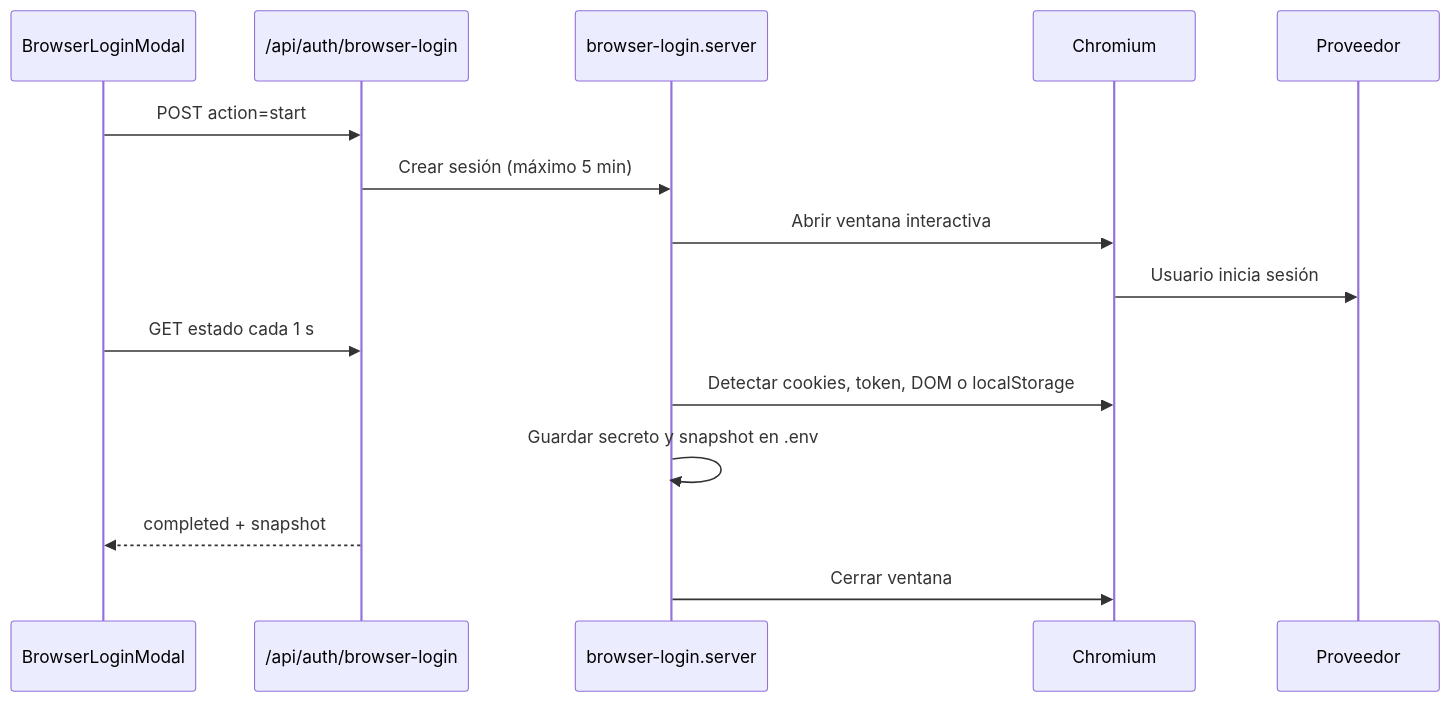
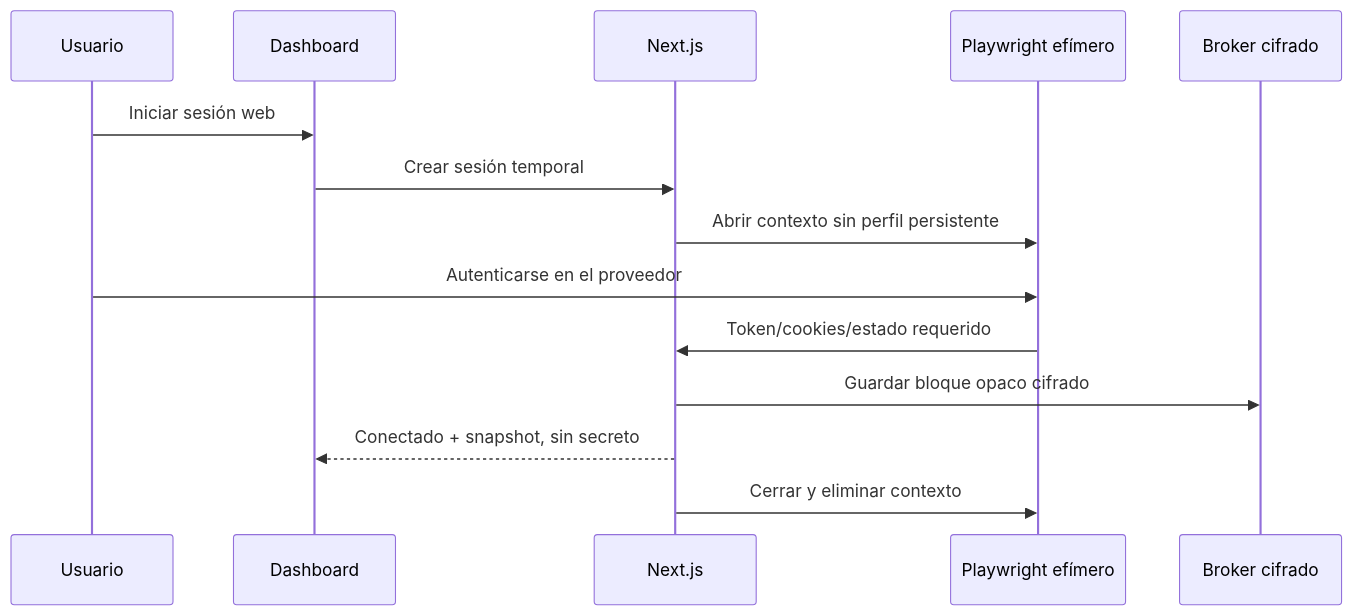
One commit to Zambudio/Dashboard_Uso_APIs changed the second of 2 diagrams in Docs/ARCHITECTURE.md. Above: the diagram before and after it, drawn with Mermaid. The commit also changed other lines of this file and 61 other files, not shown here.

````diff
--- a/Docs/ARCHITECTURE.md
+++ b/Docs/ARCHITECTURE.md
@@ -64,17 +53,16 @@
 ```mermaid
 sequenceDiagram
-    participant UI as BrowserLoginModal
-    participant API as /api/auth/browser-login
-    participant S as browser-login.server
-    participant C as Chromium
-    participant P as Proveedor
-    UI->>API: POST action=start
-    API->>S: Crear sesión (máximo 5 min)
-    S->>C: Abrir ventana interactiva
-    C->>P: Usuario inicia sesión
-    UI->>API: GET estado cada 1 s
-    S->>C: Detectar cookies, token, DOM o localStorage
-    S->>S: Guardar secreto y snapshot en .env
-    API-->>UI: completed + snapshot
-    S->>C: Cerrar ventana
+  participant U as Usuario
+  participant UI as Dashboard
+  participant N as Next.js
+  participant P as Playwright efímero
+  participant B as Broker cifrado
+  U->>UI: Iniciar sesión web
+  UI->>N: Crear sesión temporal
+  N->>P: Abrir contexto sin perfil persistente
+  U->>P: Autenticarse en el proveedor
+  P->>N: Token/cookies/estado requerido
+  N->>B: Guardar bloque opaco cifrado
+  N-->>UI: Conectado + snapshot, sin secreto
+  N->>P: Cerrar y eliminar contexto
 ```
````
